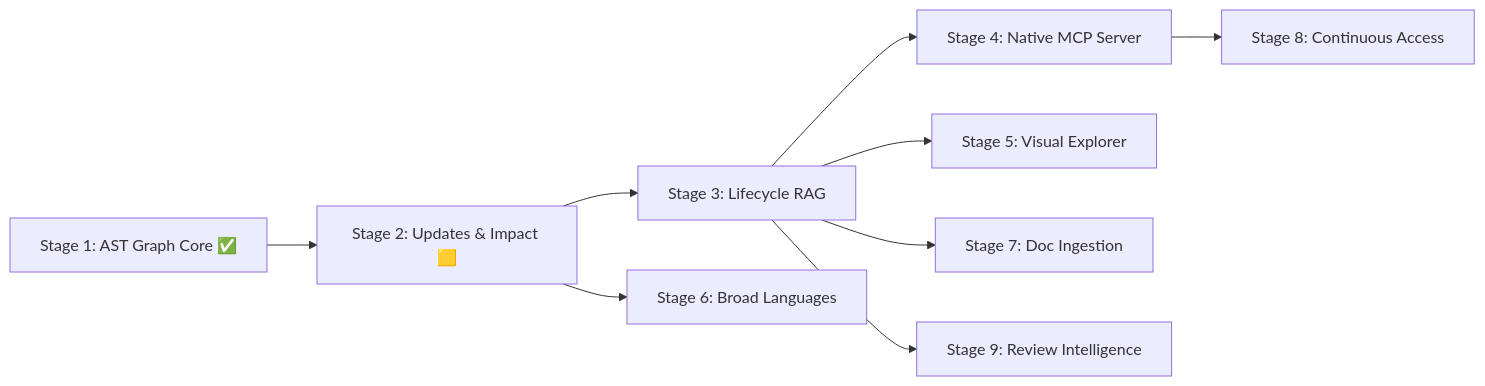
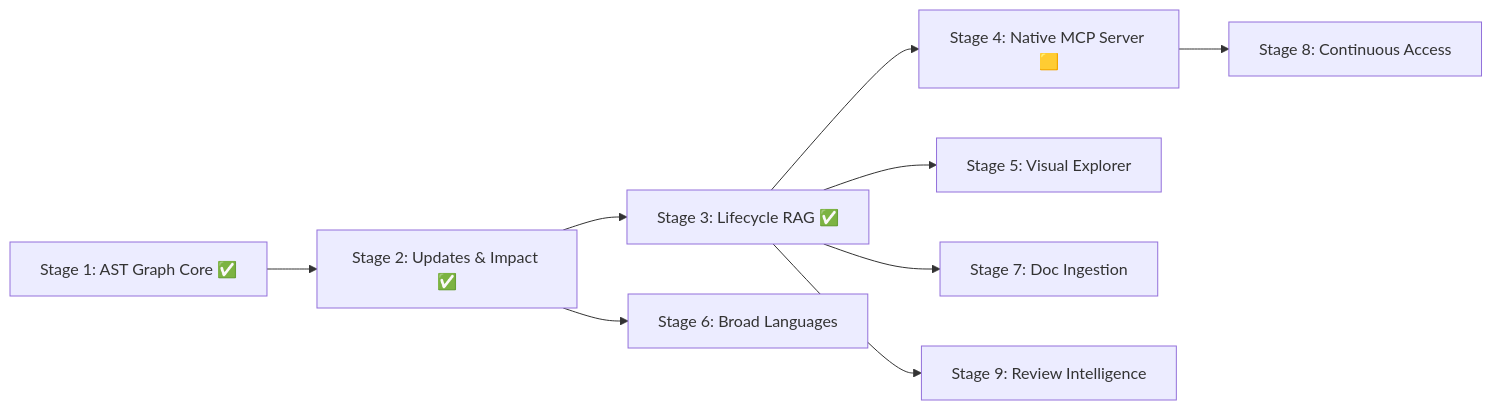
Before and after one commit to sky2464/Agtoosa2: the diagram in docs/Master-Plan.md, drawn with Mermaid. The commit also changed other lines of this file, not shown here.

Commit message:
docs: update Master-Plan roadmap status for DEV-002, DEV-003, and DEV-004 to v2.0-alpha/beta

````diff
--- a/docs/Master-Plan.md
+++ b/docs/Master-Plan.md
@@ -30,11 +32,11 @@
 ```mermaid
 flowchart LR
-    S1[Stage 1: AST Graph Core ✅] --> S2[Stage 2: Updates & Impact 🟨]
-    S2 --> S3[Stage 3: Lifecycle RAG]
-    S3 --> S4[Stage 4: Native MCP Server]
+    S1[Stage 1: AST Graph Core ✅] --> S2[Stage 2: Updates & Impact ✅]
+    S2 --> S3[Stage 3: Lifecycle RAG ✅]
+    S3 --> S4[Stage 4: Native MCP Server 🟨]
     S3 --> S5[Stage 5: Visual Explorer]
     S2 --> S6[Stage 6: Broad Languages]
     S3 --> S7[Stage 7: Doc Ingestion]
     S4 --> S8[Stage 8: Continuous Access]
     S3 --> S9[Stage 9: Review Intelligence]
 ```
````
